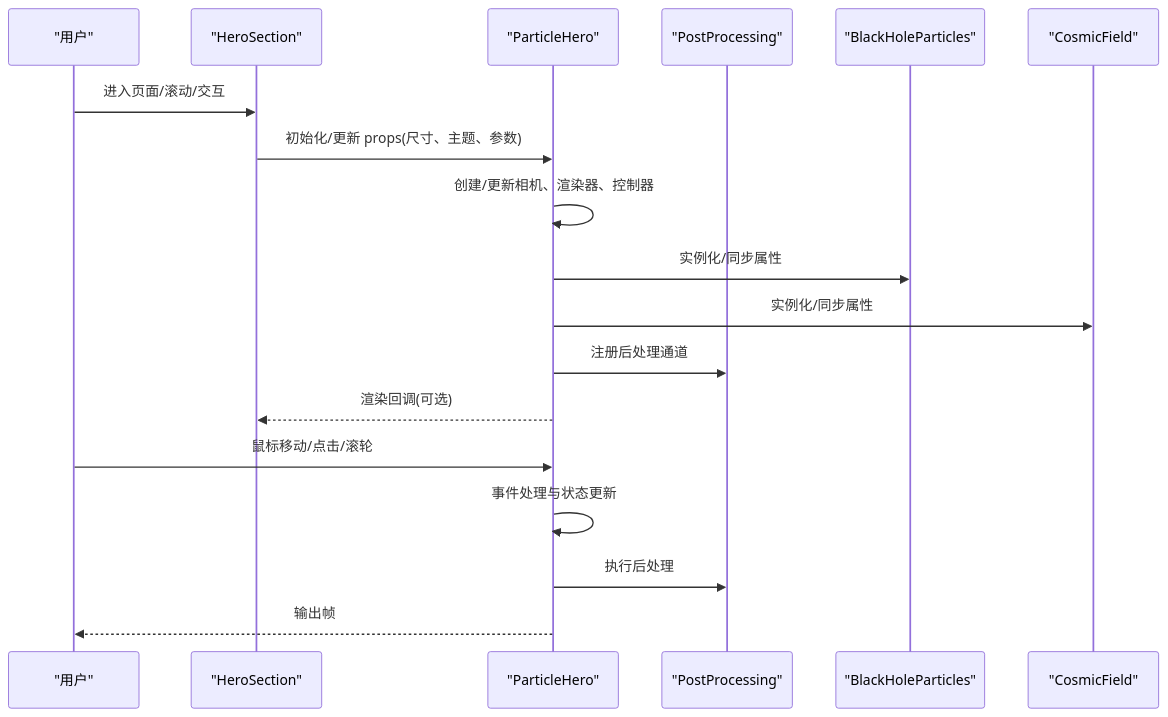
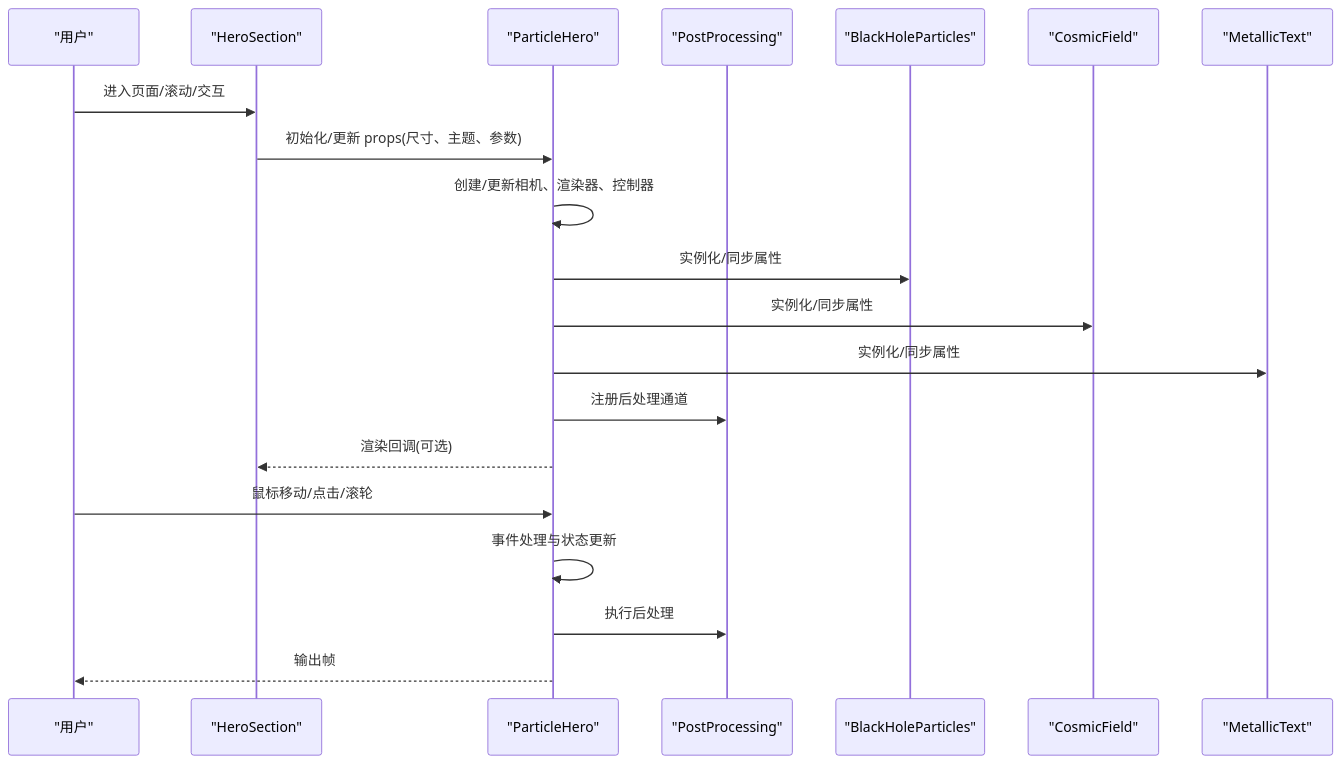
The second of 4 diagrams in .qoder/repowiki/zh/content/核心功能模块/英雄区域组件.md (lithos666/lithos666.github.io), drawn with Mermaid before and after one commit. The commit also changed other lines of this file and 30 other files, not shown here.

````diff
--- a/.qoder/repowiki/zh/content/核心功能模块/英雄区域组件.md
+++ b/.qoder/repowiki/zh/content/核心功能模块/英雄区域组件.md
@@ -117,20 +129,22 @@
 ```mermaid
 sequenceDiagram
 participant U as "用户"
 participant HS as "HeroSection"
 participant PH as "ParticleHero"
 participant PP as "PostProcessing"
 participant BH as "BlackHoleParticles"
 participant CF as "CosmicField"
+participant MT as "MetallicText"
 U->>HS : 进入页面/滚动/交互
 HS->>PH : 初始化/更新 props(尺寸、主题、参数)
 PH->>PH : 创建/更新相机、渲染器、控制器
 PH->>BH : 实例化/同步属性
 PH->>CF : 实例化/同步属性
+PH->>MT : 实例化/同步属性
 PH->>PP : 注册后处理通道
 PH-->>HS : 渲染回调(可选)
 U->>PH : 鼠标移动/点击/滚轮
 PH->>PH : 事件处理与状态更新
 PH->>PP : 执行后处理
 PH-->>U : 输出帧
 ```
````
